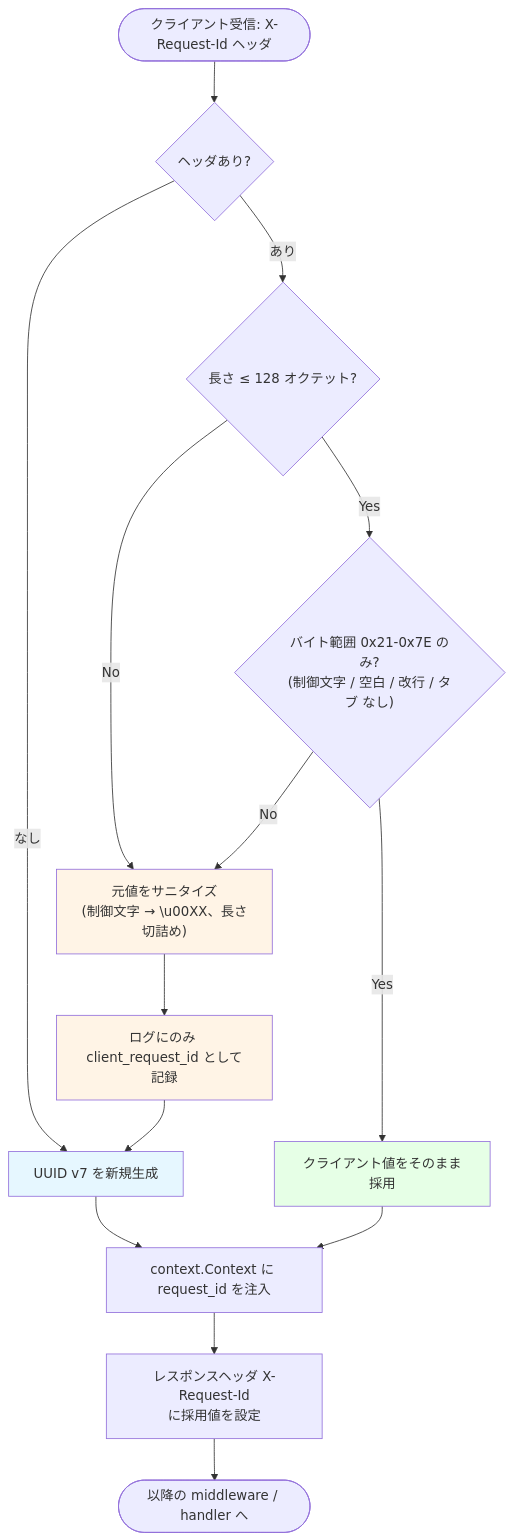
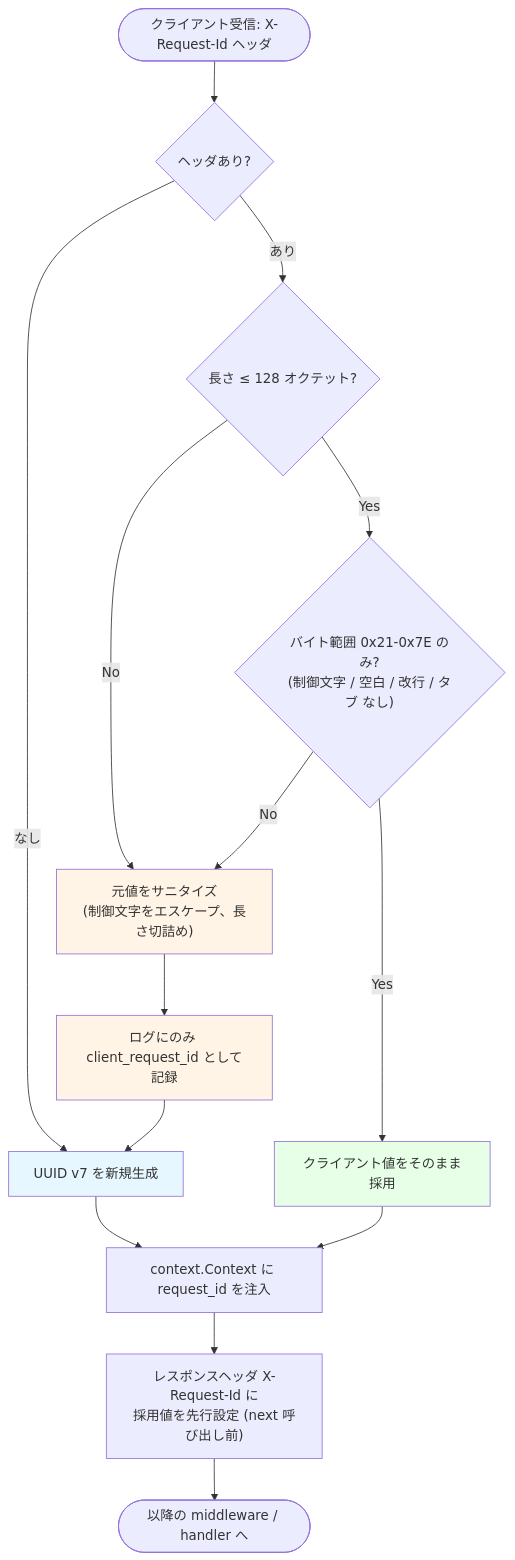
Before and after one commit to mktkhr/id-core: the third of 3 diagrams in docs/specs/7/index.md, drawn with Mermaid. The commit also changed other lines of this file, not shown here.

````diff
--- a/docs/specs/7/index.md
+++ b/docs/specs/7/index.md
@@ -337,23 +339,23 @@
 ```mermaid
 flowchart TD
     Start([クライアント受信: X-Request-Id ヘッダ]) --> HasH{ヘッダあり?}
     HasH -->|なし| Gen[UUID v7 を新規生成]
     HasH -->|あり| ValLen{"長さ ≤ 128 オクテット?"}
     ValLen -->|No| Sanitize
     ValLen -->|Yes| ValChar{"バイト範囲 0x21-0x7E のみ?<br/>(制御文字 / 空白 / 改行 / タブ なし)"}
     ValChar -->|No| Sanitize
     ValChar -->|Yes| Accept[クライアント値をそのまま採用]
 
-    Sanitize["元値をサニタイズ<br/>(制御文字 → \u00XX、長さ切詰め)"] --> LogClient[ログにのみ <br/>client_request_id として記録]
+    Sanitize["元値をサニタイズ<br/>(制御文字をエスケープ、長さ切詰め)"] --> LogClient[ログにのみ <br/>client_request_id として記録]
     LogClient --> Gen
 
     Accept --> Inject[context.Context に request_id を注入]
     Gen --> Inject
-    Inject --> RespHeader[レスポンスヘッダ X-Request-Id<br/>に採用値を設定]
+    Inject --> RespHeader["レスポンスヘッダ X-Request-Id に<br/>採用値を先行設定 (next 呼び出し前)"]
     RespHeader --> Next([以降の middleware / handler へ])
 
     style Sanitize fill:#fff4e6
     style LogClient fill:#fff4e6
     style Gen fill:#e6f7ff
     style Accept fill:#e6ffe6
 ```
````
